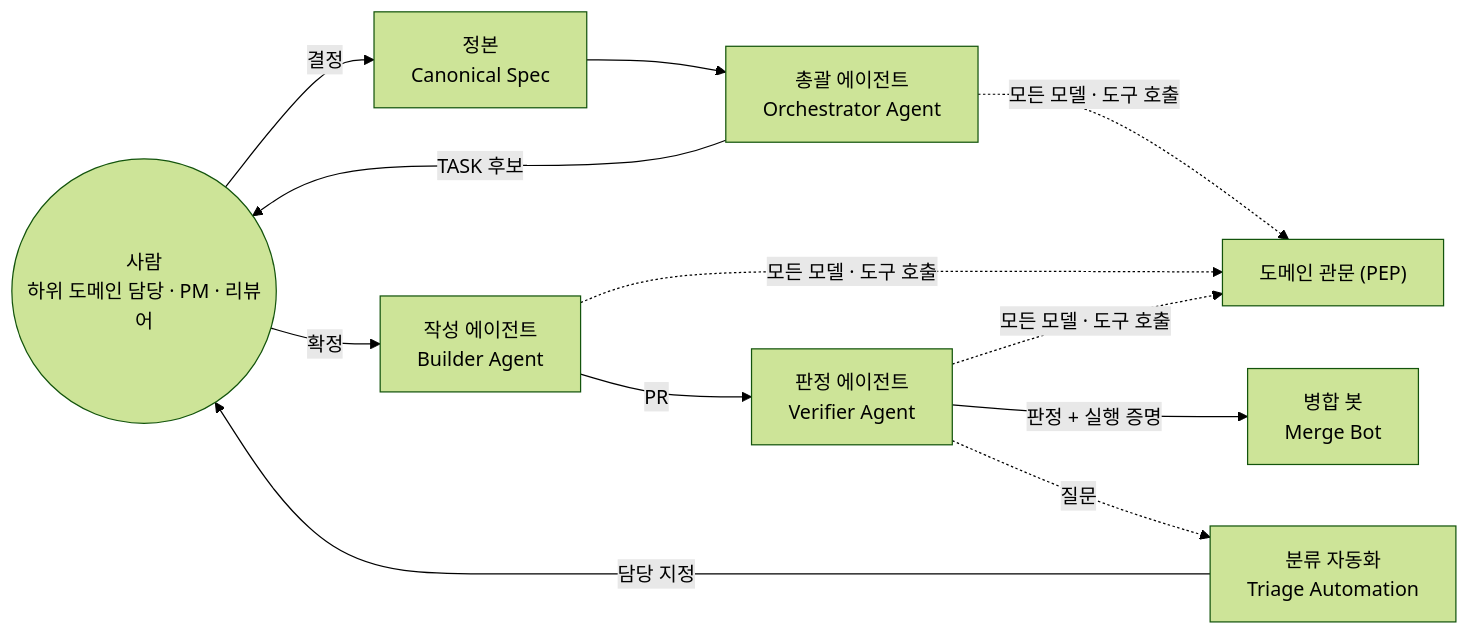
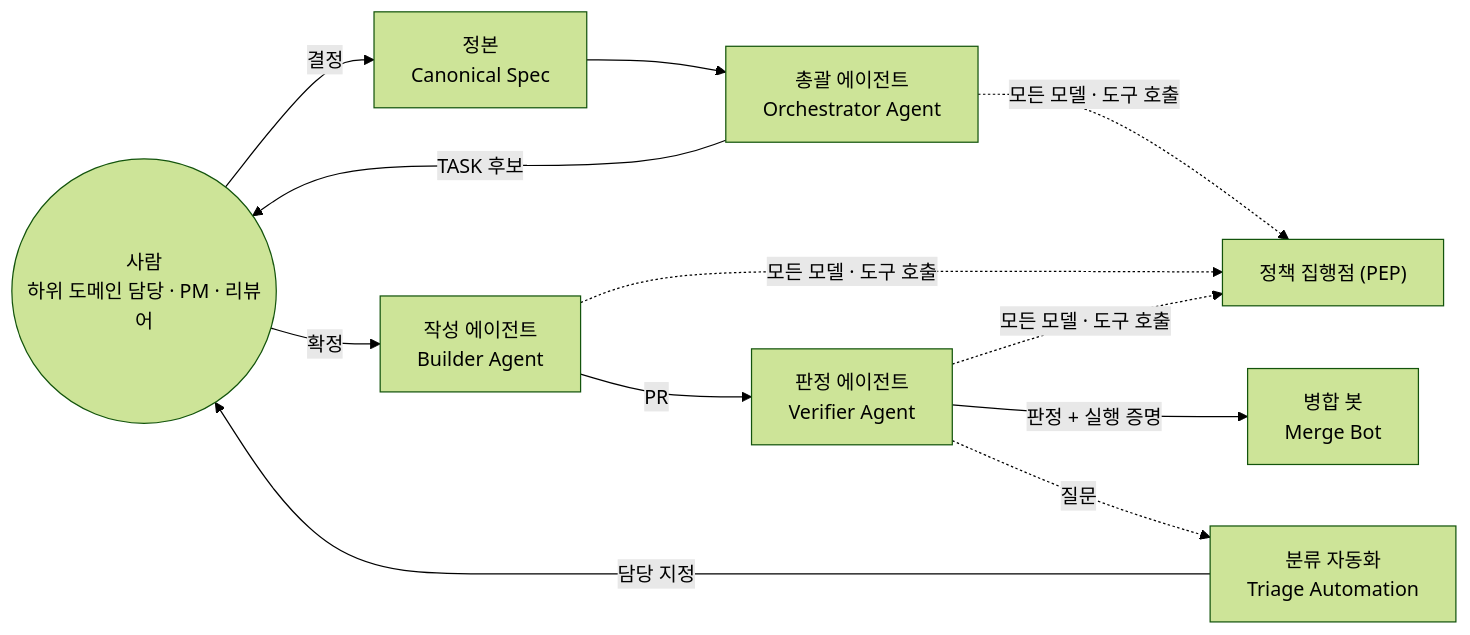
One commit to whiteceo/agentic changed the second of 2 diagrams in architecture/개념_아키텍처.md. Above: the diagram before and after it, drawn with Mermaid (forest theme). The commit also changed other lines of this file and 3 other files, not shown here.

````diff
--- a/architecture/개념_아키텍처.md
+++ b/architecture/개념_아키텍처.md
@@ -81,18 +81,18 @@
 ```mermaid
 flowchart LR
   H(("사람<br/>하위 도메인 담당 · PM · 리뷰어"))
   SPEC["정본<br/>Canonical Spec"]
   ORC["총괄 에이전트<br/>Orchestrator Agent"]
   BLD["작성 에이전트<br/>Builder Agent"]
   VER["판정 에이전트<br/>Verifier Agent"]
   MB["병합 봇<br/>Merge Bot"]
   TRI["분류 자동화<br/>Triage Automation"]
-  GW["도메인 관문 (PEP)"]
+  GW["정책 집행점 (PEP)"]
 
   H -- 결정 --> SPEC
   SPEC --> ORC -- TASK 후보 --> H
   H -- 확정 --> BLD
   BLD -- PR --> VER -- 판정 + 실행 증명 --> MB
   VER -. 질문 .-> TRI -- 담당 지정 --> H
   ORC & BLD & VER -. 모든 모델 · 도구 호출 .-> GW
 ```
````
